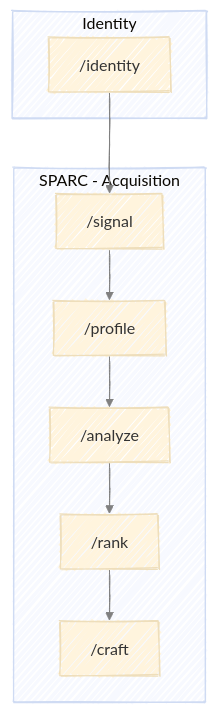
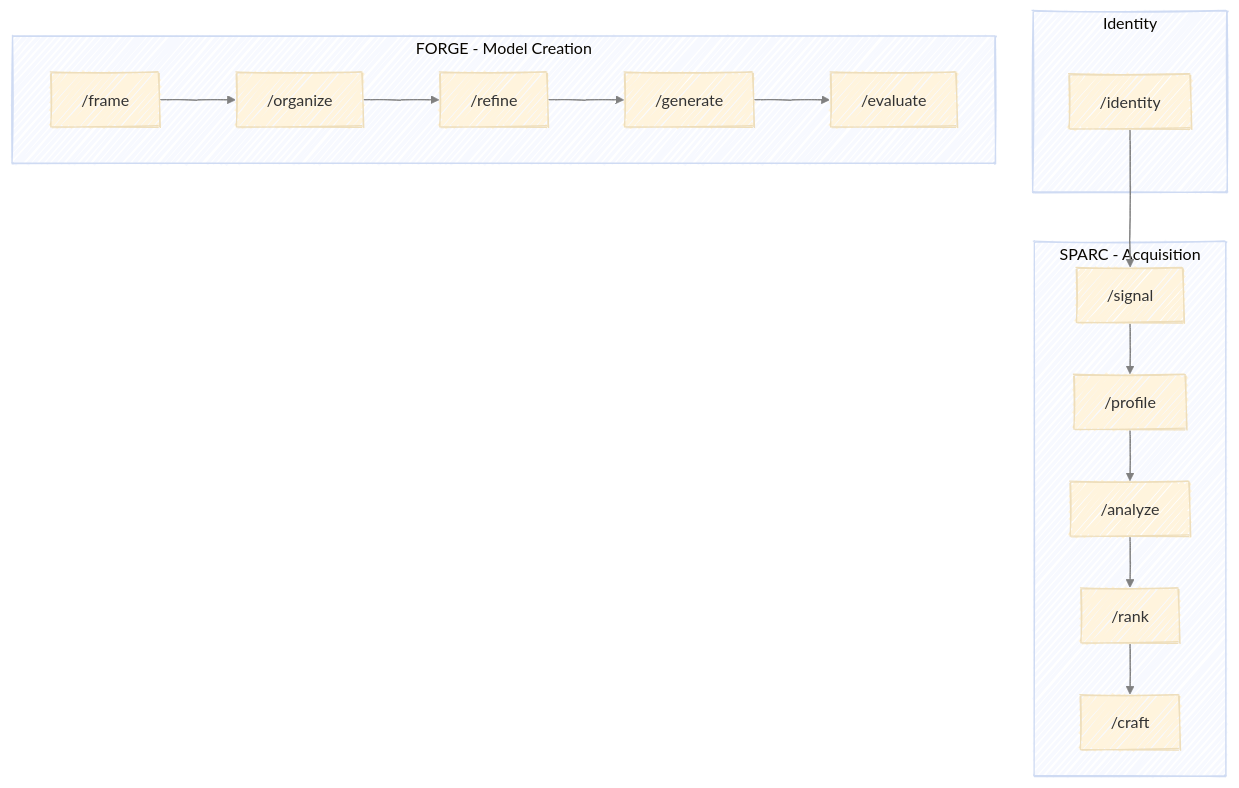
Before and after one commit to athrael-soju/framework-generator: the diagram in docs/guides/execution.md, drawn with Mermaid. The commit also changed other lines of this file and 1 other file, not shown here.

Commit message:
Update README and execution guide to include FORGE model; add structure and skills details for model creation

````diff
--- a/docs/guides/execution.md
+++ b/docs/guides/execution.md
@@ -5,23 +5,30 @@
 ```mermaid
 ---
 config:
   layout: dagre
   look: handDrawn
   theme: base
   themeVariables:
     lineColor: gray
 ---
 flowchart TB
     subgraph Foundation ["Identity"]
         Identity["/identity"]
     end
 
     subgraph SPARC ["SPARC - Acquisition"]
         S["/signal"] --> P["/profile"]
         P --> A["/analyze"]
         A --> R["/rank"]
         R --> C["/craft"]
     end
 
+    subgraph FORGE ["FORGE - Model Creation"]
+        Fr["/frame"] --> O["/organize"]
+        O --> Re["/refine"]
+        Re --> G["/generate"]
+        G --> E["/evaluate"]
+    end
+
     Identity --> S
 ```
````
